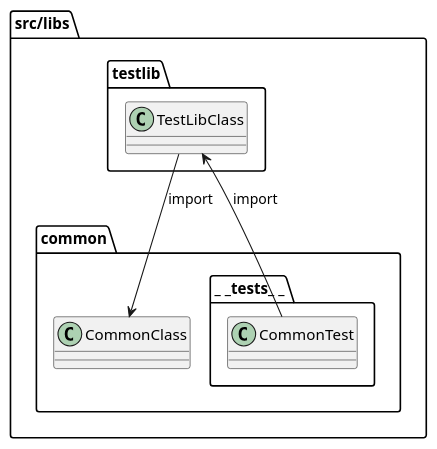
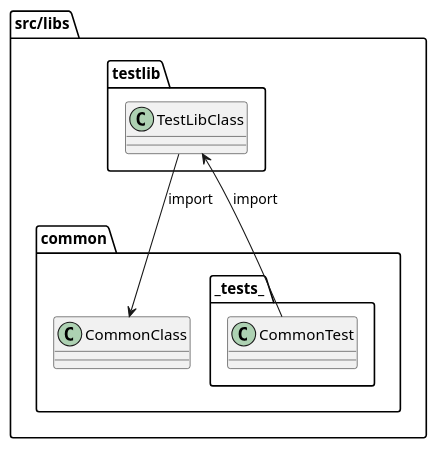
Before and after one commit to songminkyu/nest-msa: the diagram in docs/ko/guides/implementation.guide.md, drawn with PlantUML. The commit also changed other lines of this file and 4 other files, not shown here.

````diff
--- a/docs/ko/guides/implementation.guide.md
+++ b/docs/ko/guides/implementation.guide.md
@@ -205,18 +130,18 @@
 ```plantuml
 @startuml
 package "src/libs" {
     package "testlib" {
         class TestLibClass
     }
     package "common" {
         class CommonClass
-        package "_ _tests_ _" {
+        package "_tests_" {
             class CommonTest
         }
     }
 }
 
 TestLibClass --> CommonClass : import
 CommonTest --> TestLibClass : import
 @enduml
 ```
````
